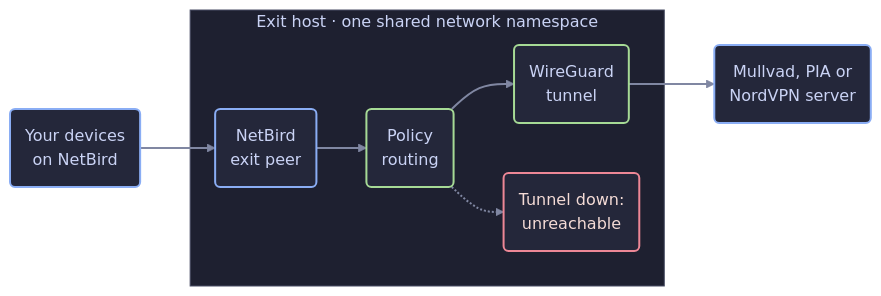
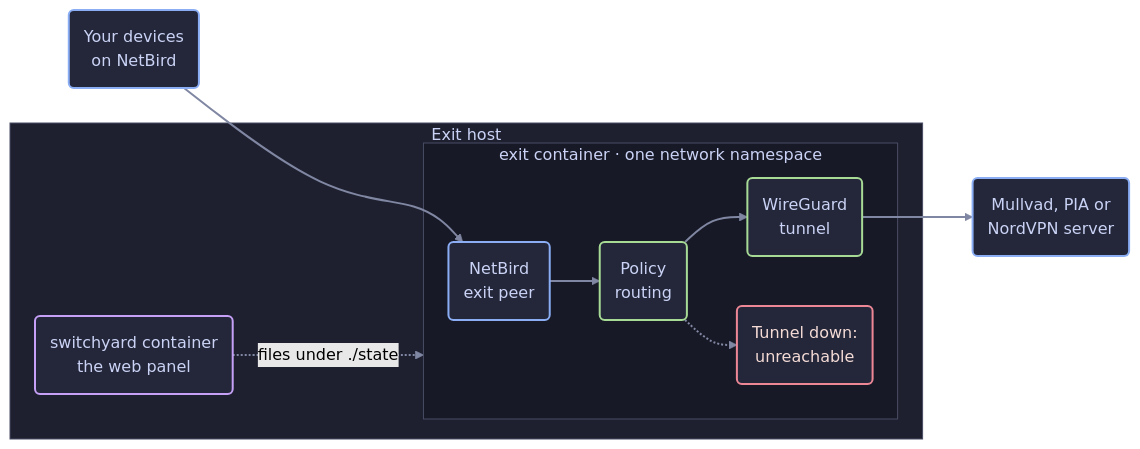
One commit to irashack/molebridge changed the diagram in README.md. Above: the diagram before and after it, drawn with Mermaid (forest theme). The commit also changed other lines of this file and 2 other files, not shown here.

Commit message:
docs: README for 0.8.0 (one signed image, experimental) and AGENTS.md validation list

````diff
--- a/README.md
+++ b/README.md
@@ -54,27 +85,34 @@
 ```mermaid
 flowchart LR
     device("Your devices<br/>on NetBird")
     provider("Mullvad, PIA or<br/>NordVPN server")
 
-    subgraph host["Exit host · one shared network namespace"]
-        peer("NetBird<br/>exit peer")
-        route("Policy<br/>routing")
-        tunnel("WireGuard<br/>tunnel")
-        blocked("Tunnel down:<br/>unreachable")
-        peer --> route
-        route --> tunnel
-        route -.-> blocked
+    subgraph host["Exit host"]
+        subgraph exit["exit container · one network namespace"]
+            peer("NetBird<br/>exit peer")
+            route("Policy<br/>routing")
+            tunnel("WireGuard<br/>tunnel")
+            blocked("Tunnel down:<br/>unreachable")
+            peer --> route
+            route --> tunnel
+            route -.-> blocked
+        end
+        panel("switchyard container<br/>the web panel")
     end
 
     device --> peer
     tunnel --> provider
+    panel -. "files under ./state" .-> exit
 
     classDef endpoint fill:#24273a,stroke:#8aadf4,color:#cad3f5,stroke-width:2px
     classDef routing fill:#24273a,stroke:#a6da95,color:#cad3f5,stroke-width:2px
     classDef stopped fill:#24273a,stroke:#ed8796,color:#f4dbd6,stroke-width:2px
+    classDef panelc fill:#24273a,stroke:#c6a0f6,color:#cad3f5,stroke-width:2px
     class device,peer,provider endpoint
     class route,tunnel routing
     class blocked stopped
+    class panel panelc
     style host fill:#1e2030,stroke:#494d64,color:#cad3f5
+    style exit fill:#181926,stroke:#494d64,color:#cad3f5
     linkStyle default stroke:#8087a2,stroke-width:2px
 ```
````
